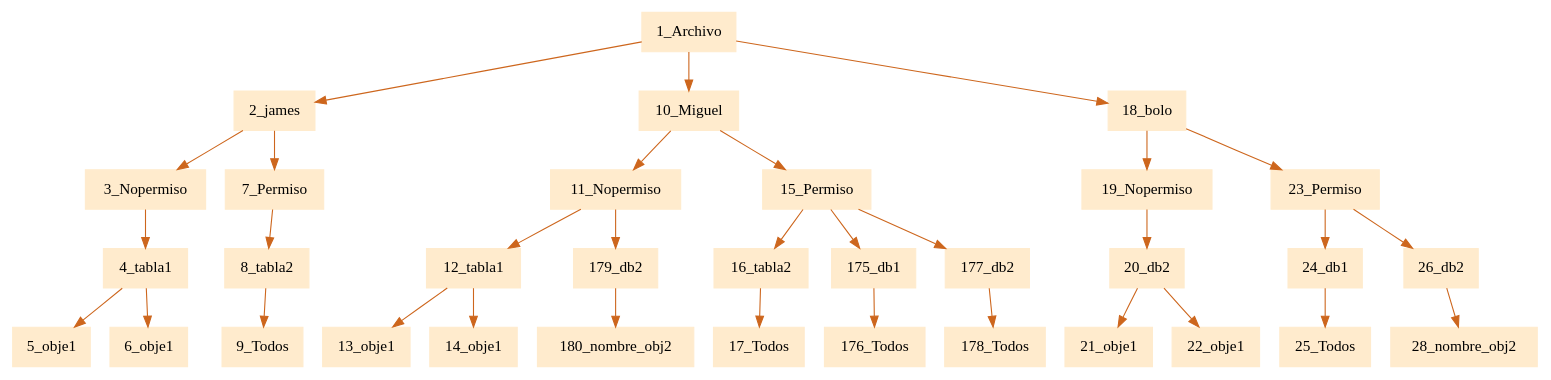
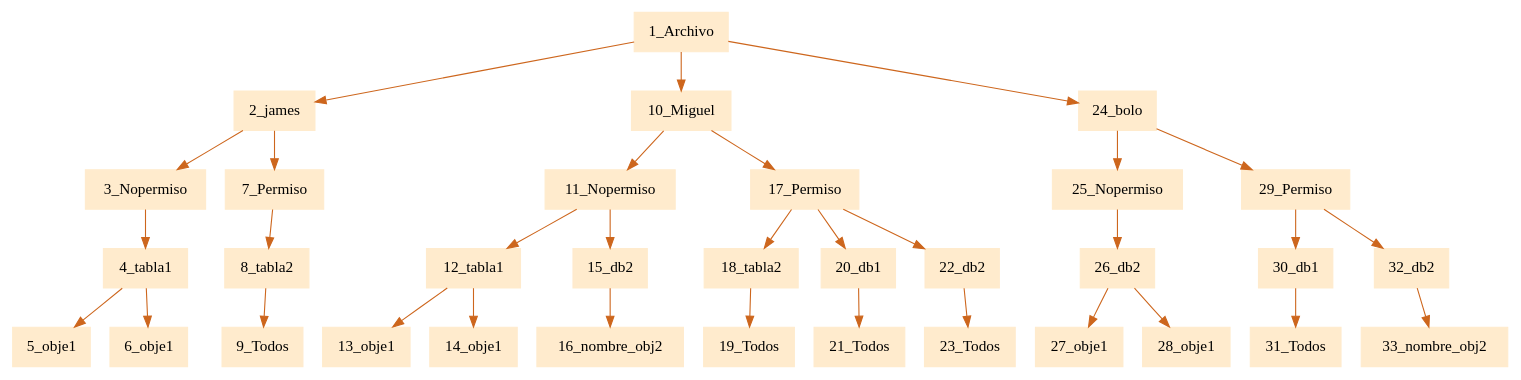
Before and after one commit to JamesMelgar/compi2javaccpr1: the diagram in pr1Compilarodores2/usu.dot, drawn with Graphviz. The commit also changed 20 other files, not shown here.

```diff
--- a/pr1Compilarodores2/usu.dot
+++ b/pr1Compilarodores2/usu.dot
@@ -1,5 +1,5 @@
 digraph G {node[shape=box, style=filled, color=blanchedalmond]; edge[color=chocolate3];rankdir=UD 
 
-"1_Archivo"->"2_james""2_james"->"3_Nopermiso""3_Nopermiso"->"4_tabla1""4_tabla1"->"5_obje1""4_tabla1"->"6_obje1""2_james"->"7_Permiso""7_Permiso"->"8_tabla2""8_tabla2"->"9_Todos""1_Archivo"->"10_Miguel""10_Miguel"->"11_Nopermiso""11_Nopermiso"->"12_tabla1""12_tabla1"->"13_obje1""12_tabla1"->"14_obje1""11_Nopermiso"->"179_db2""179_db2"->"180_nombre_obj2""10_Miguel"->"15_Permiso""15_Permiso"->"16_tabla2""16_tabla2"->"17_Todos""15_Permiso"->"175_db1""175_db1"->"176_Todos""15_Permiso"->"177_db2""177_db2"->"178_Todos""1_Archivo"->"18_bolo""18_bolo"->"19_Nopermiso""19_Nopermiso"->"20_db2""20_db2"->"21_obje1""20_db2"->"22_obje1""18_bolo"->"23_Permiso""23_Permiso"->"24_db1""24_db1"->"25_Todos""23_Permiso"->"26_db2""26_db2"->"28_nombre_obj2"
+"1_Archivo"->"2_james""2_james"->"3_Nopermiso""3_Nopermiso"->"4_tabla1""4_tabla1"->"5_obje1""4_tabla1"->"6_obje1""2_james"->"7_Permiso""7_Permiso"->"8_tabla2""8_tabla2"->"9_Todos""1_Archivo"->"10_Miguel""10_Miguel"->"11_Nopermiso""11_Nopermiso"->"12_tabla1""12_tabla1"->"13_obje1""12_tabla1"->"14_obje1""11_Nopermiso"->"15_db2""15_db2"->"16_nombre_obj2""10_Miguel"->"17_Permiso""17_Permiso"->"18_tabla2""18_tabla2"->"19_Todos""17_Permiso"->"20_db1""20_db1"->"21_Todos""17_Permiso"->"22_db2""22_db2"->"23_Todos""1_Archivo"->"24_bolo""24_bolo"->"25_Nopermiso""25_Nopermiso"->"26_db2""26_db2"->"27_obje1""26_db2"->"28_obje1""24_bolo"->"29_Permiso""29_Permiso"->"30_db1""30_db1"->"31_Todos""29_Permiso"->"32_db2""32_db2"->"33_nombre_obj2"
 
 }
```
